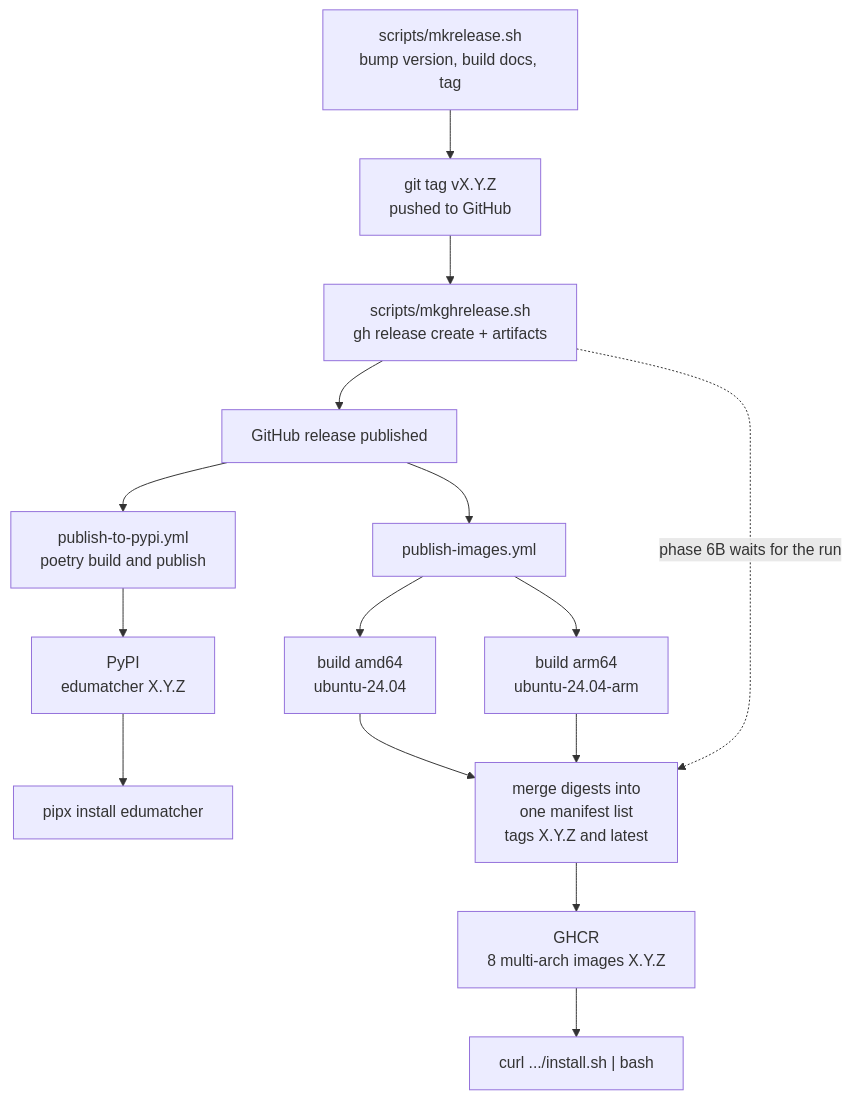
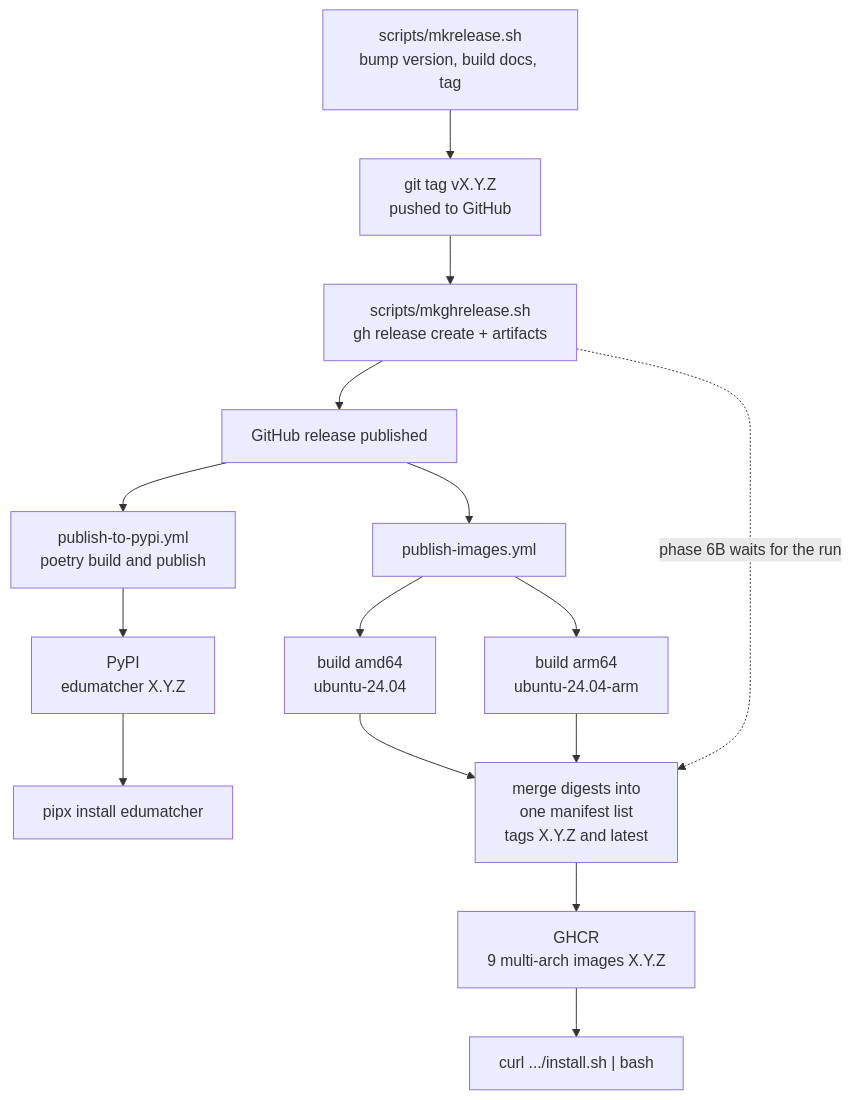
One commit to johan162/EduMatcher changed the diagram in docs/books/architecture-and-development/part-5-releasing/010-release-process.md. Above: the diagram before and after it, drawn with Mermaid. The commit also changed other lines of this file and 40 other files, not shown here.

Commit message:
docs(architecture): verify every chapter against the code; add message-architecture chapter and figures

````diff
--- a/docs/books/architecture-and-development/part-5-releasing/010-release-process.md
+++ b/docs/books/architecture-and-development/part-5-releasing/010-release-process.md
@@ -14,28 +14,28 @@
 ```mermaid
 flowchart TD
     MK["scripts/mkrelease.sh\nbump version, build docs, tag"]
     TAG["git tag vX.Y.Z\npushed to GitHub"]
     GH["scripts/mkghrelease.sh\ngh release create + artifacts"]
     REL["GitHub release published"]
 
     PYPI["publish-to-pypi.yml\npoetry build and publish"]
     IMG["publish-images.yml"]
 
     AMD["build amd64\nubuntu-24.04"]
     ARM["build arm64\nubuntu-24.04-arm"]
     MERGE["merge digests into\none manifest list\ntags X.Y.Z and latest"]
 
     OUTP["PyPI\nedumatcher X.Y.Z"]
-    OUTC["GHCR\n8 multi-arch images X.Y.Z"]
+    OUTC["GHCR\n9 multi-arch images X.Y.Z"]
 
     USER1["pipx install edumatcher"]
     USER2["curl .../install.sh | bash"]
 
     MK --> TAG --> GH --> REL
     REL --> PYPI --> OUTP --> USER1
     REL --> IMG
     IMG --> AMD --> MERGE
     IMG --> ARM --> MERGE
     MERGE --> OUTC --> USER2
     GH -.->|"phase 6B waits for the run"| MERGE
 ```
````
